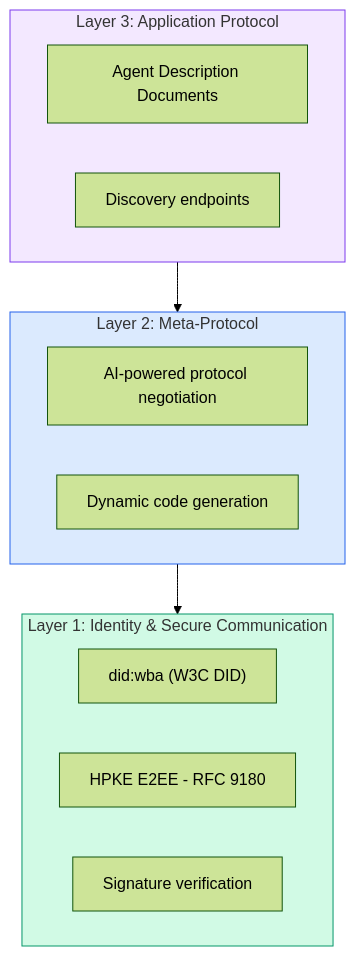
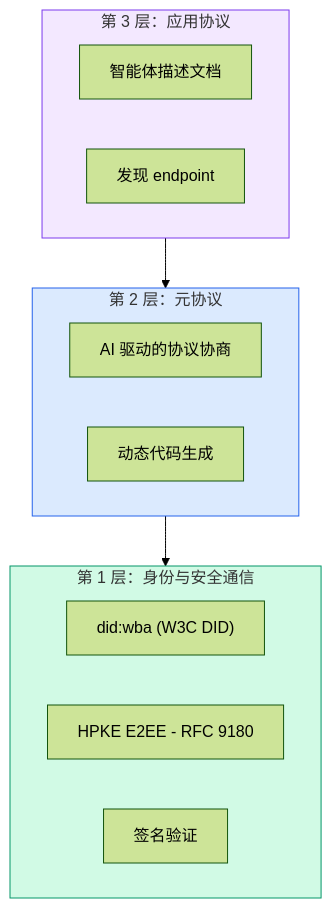
One commit to husky1102/ai-engineering-from-scratch-zh changed the eighth of 13 diagrams in phases/16-multi-agent-and-swarms/03-communication-protocols/docs/zh-CN.md. Above: the diagram before and after it, drawn with Mermaid (forest theme). The commit also changed other lines of this file and 1 other file, not shown here.

Commit message:
fix(phase-16/03): polish zh-CN communication protocols

````diff
--- a/phases/16-multi-agent-and-swarms/03-communication-protocols/docs/zh-CN.md
+++ b/phases/16-multi-agent-and-swarms/03-communication-protocols/docs/zh-CN.md
@@ -420,23 +420,23 @@
 ```mermaid
 graph TB
-    subgraph Layer3["Layer 3: Application Protocol"]
-        AD[Agent Description Documents]
-        DISC[Discovery endpoints]
+    subgraph Layer3["第 3 层：应用协议"]
+        AD[智能体描述文档]
+        DISC[发现 endpoint]
     end
-    subgraph Layer2["Layer 2: Meta-Protocol"]
-        NEG[AI-powered protocol negotiation]
-        CODE[Dynamic code generation]
+    subgraph Layer2["第 2 层：元协议"]
+        NEG[AI 驱动的协议协商]
+        CODE[动态代码生成]
     end
-    subgraph Layer1["Layer 1: Identity & Secure Communication"]
+    subgraph Layer1["第 1 层：身份与安全通信"]
         DID["did:wba (W3C DID)"]
         HPKE[HPKE E2EE - RFC 9180]
-        SIG[Signature verification]
+        SIG[签名验证]
     end
 
     Layer3 --> Layer2
     Layer2 --> Layer1
 
     style Layer1 fill:#d1fae5,stroke:#059669
     style Layer2 fill:#dbeafe,stroke:#2563eb
     style Layer3 fill:#f3e8ff,stroke:#7c3aed
 ```
````
